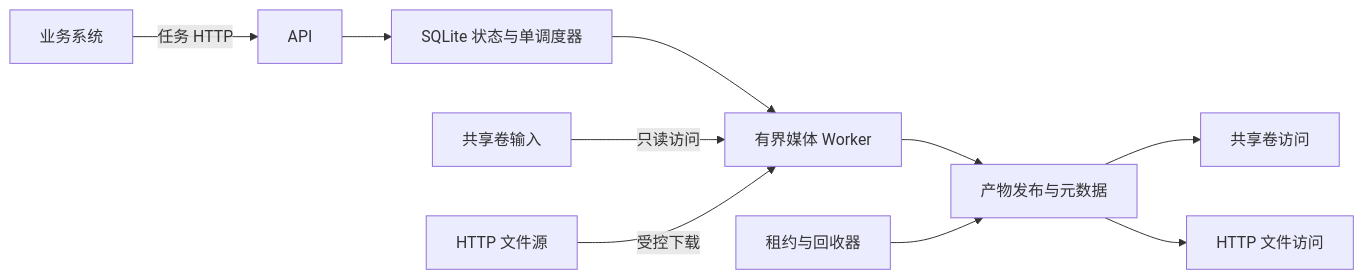
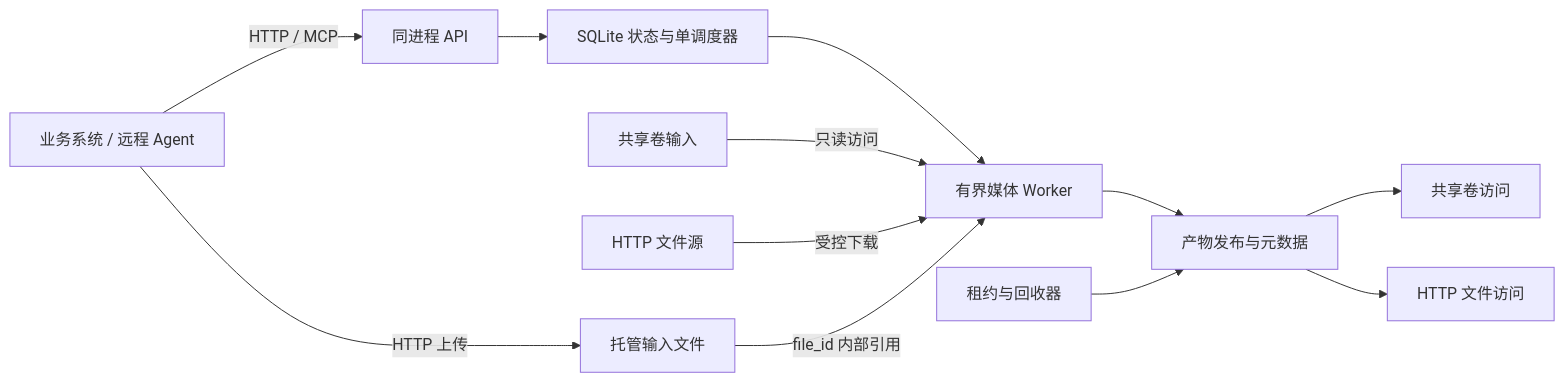
The diagram in docs/design/media-service-v1.md (breakstring/ffmpeg-agent), drawn with Mermaid before and after one commit. The commit also changed other lines of this file and 41 other files, not shown here.

````diff
--- a/docs/design/media-service-v1.md
+++ b/docs/design/media-service-v1.md
@@ -75,12 +78,14 @@
 ```mermaid
 flowchart LR
-    B[业务系统] -->|任务 HTTP| A[API]
+    B[业务系统 / 远程 Agent] -->|HTTP / MCP| A[同进程 API]
+    B -->|HTTP 上传| U[托管输入文件]
     A --> Q[SQLite 状态与单调度器]
     Q --> W[有界媒体 Worker]
     S[共享卷输入] -->|只读访问| W
     H[HTTP 文件源] -->|受控下载| W
+    U -->|file_id 内部引用| W
     W --> P[产物发布与元数据]
     P --> V[共享卷访问]
     P --> D[HTTP 文件访问]
     L[租约与回收器] --> P
 ```
````
